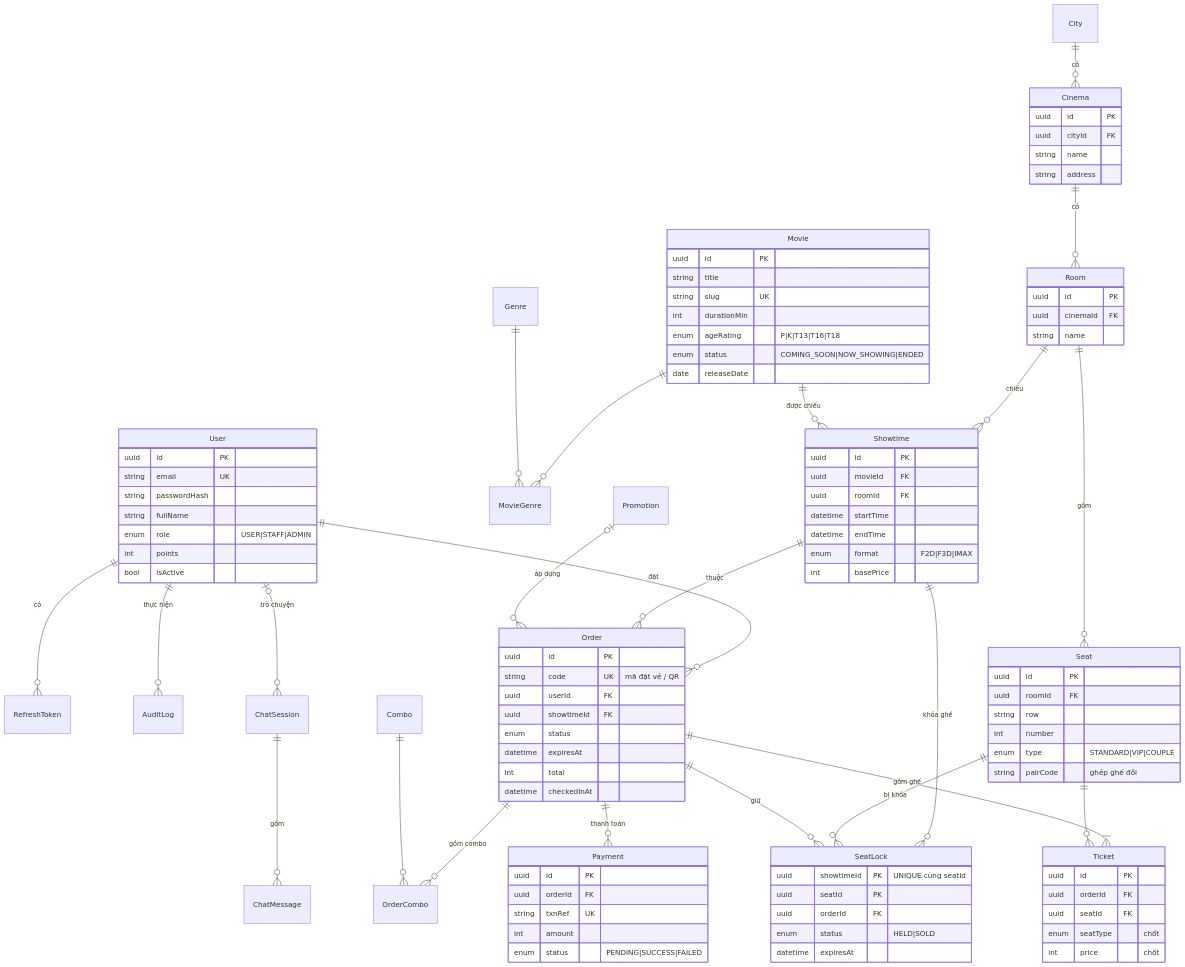
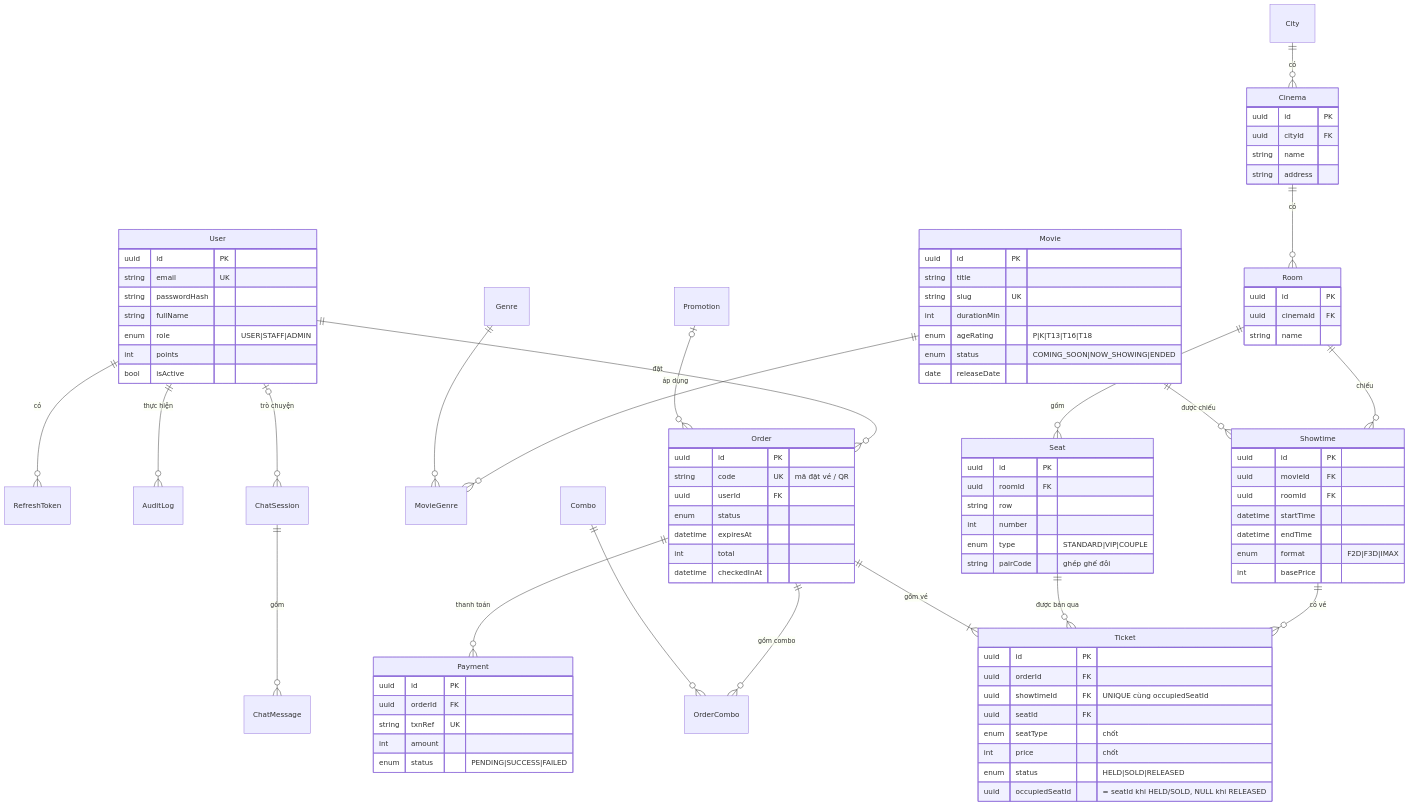
One commit to khuongkhuongkhuong/Cinemind changed the first of 2 diagrams in docs/03-database.md. Above: the diagram before and after it, drawn with Mermaid. The commit also changed other lines of this file and 6 other files, not shown here.

Commit message:
docs: Ticket là lớp trung gian Suất chiếu – Ghế, bỏ SeatLock; mỗi service một thực thể (docs/03 v1.3, docs/04 v1.25)

```diff
--- a/docs/03-database.md
+++ b/docs/03-database.md
@@ -85,12 +97,9 @@
     Room ||--o{ Seat : "gồm"
     Room ||--o{ Showtime : "chiếu"
     Movie ||--o{ Showtime : "được chiếu"
-    Showtime ||--o{ Order : "thuộc"
-    Showtime ||--o{ SeatLock : "khóa ghế"
-    Seat ||--o{ SeatLock : "bị khóa"
-    Order ||--o{ SeatLock : "giữ"
-    Order ||--|{ Ticket : "gồm ghế"
-    Seat ||--o{ Ticket : ""
+    Showtime ||--o{ Ticket : "có vé"
+    Seat ||--o{ Ticket : "được bán qua"
+    Order ||--|{ Ticket : "gồm vé"
     Order ||--o{ OrderCombo : "gồm combo"
     Combo ||--o{ OrderCombo : ""
     Promotion |o--o{ Order : "áp dụng"
@@ -148,7 +157,6 @@
         uuid id PK
         string code UK "mã đặt vé / QR"
         uuid userId FK
-        uuid showtimeId FK
         enum status
         datetime expiresAt
         int total
@@ -157,16 +165,12 @@
     Ticket {
         uuid id PK
         uuid orderId FK
+        uuid showtimeId FK "UNIQUE cùng occupiedSeatId"
         uuid seatId FK
         enum seatType "chốt"
         int price "chốt"
-    }
-    SeatLock {
-        uuid showtimeId PK "UNIQUE cùng seatId"
-        uuid seatId PK
-        uuid orderId FK
-        enum status "HELD|SOLD"
-        datetime expiresAt
+        enum status "HELD|SOLD|RELEASED"
+        uuid occupiedSeatId "= seatId khi HELD/SOLD, NULL khi RELEASED"
     }
     Payment {
         uuid id PK
```
